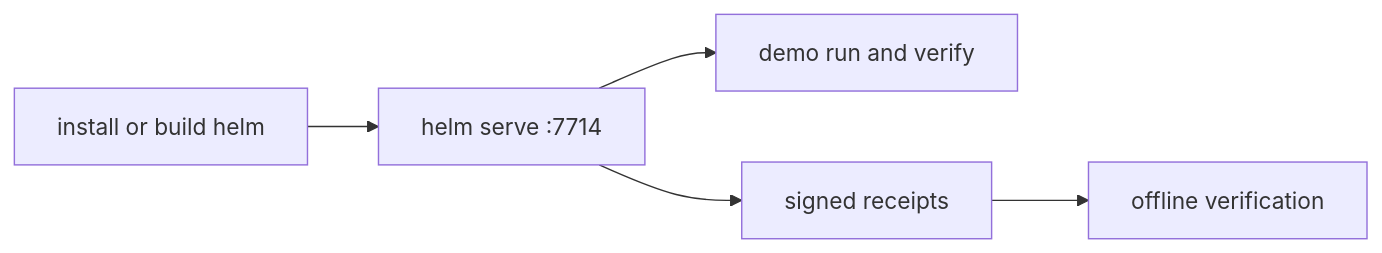
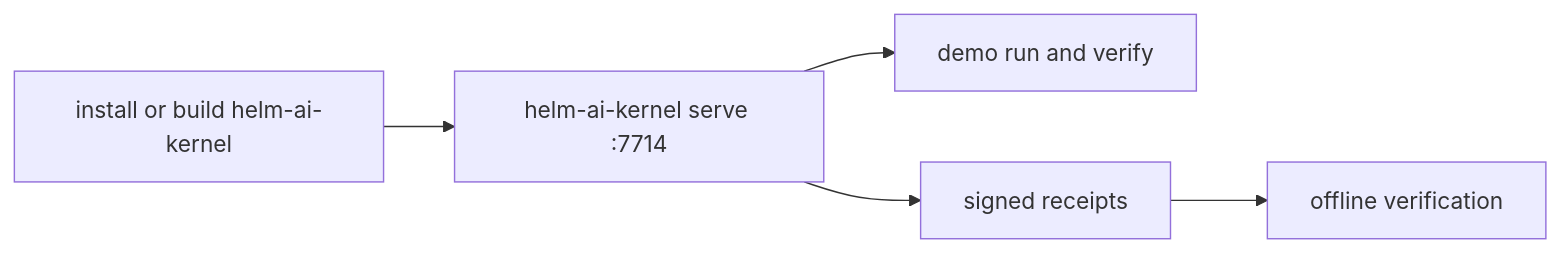
Before and after one commit to Mindburn-Labs/helm-ai-kernel: the diagram in docs/QUICKSTART.md, drawn with Mermaid. The commit also changed other lines of this file and 966 other files, not shown here.

First line of the commit message:
chore: complete helm-ai-kernel rename (#138)

````diff
--- a/docs/QUICKSTART.md
+++ b/docs/QUICKSTART.md
@@ -10,7 +18,7 @@
 ```mermaid
 flowchart LR
-  Install["install or build helm"] --> Serve["helm serve :7714"]
+  Install["install or build helm-ai-kernel"] --> Serve["helm-ai-kernel serve :7714"]
   Serve --> Demo["demo run and verify"]
   Serve --> Receipts["signed receipts"]
   Receipts --> Verify["offline verification"]
 ```
````
